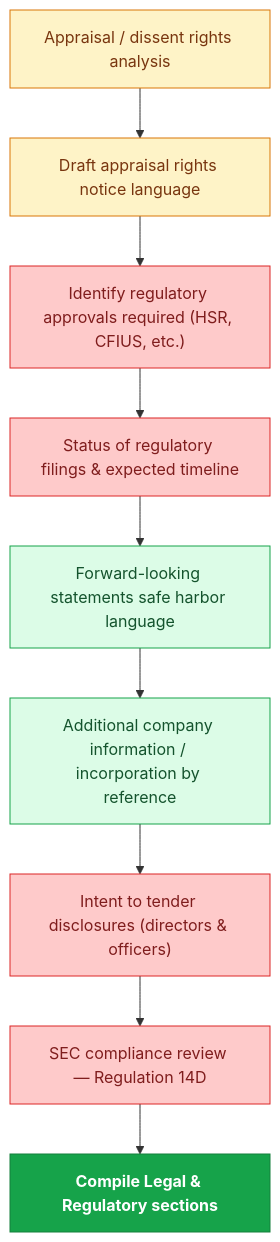
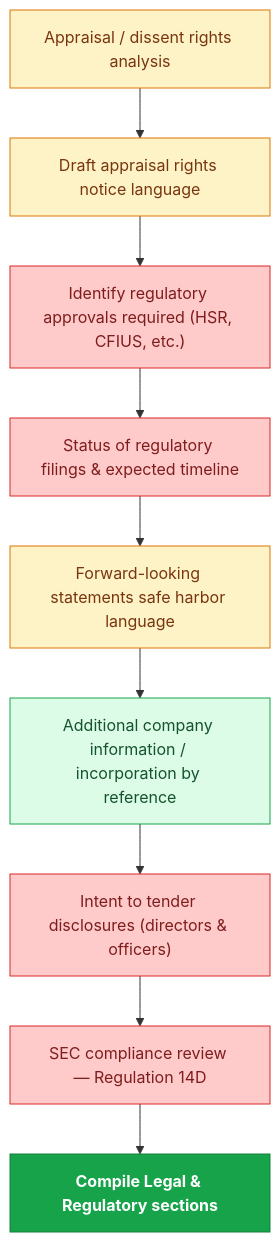
Before and after one commit to mrchanpark/14D-9: diagram 11 of 14 in README.md, drawn with Mermaid. The commit also changed other lines of this file and 2 other files, not shown here.

````diff
--- a/README.md
+++ b/README.md
@@ -246,15 +246,15 @@
 ```mermaid
 flowchart TD
   A["Appraisal / dissent rights analysis"]:::yel --> B["Draft appraisal rights notice language"]:::yel
   B --> C["Identify regulatory approvals required (HSR, CFIUS, etc.)"]:::red
   C --> D["Status of regulatory filings & expected timeline"]:::red
-  D --> E["Forward-looking statements safe harbor language"]:::grn
+  D --> E["Forward-looking statements safe harbor language"]:::yel
   E --> F["Additional company information / incorporation by reference"]:::grn
   F --> G["Intent to tender disclosures (directors & officers)"]:::red
   G --> H["SEC compliance review — Regulation 14D"]:::red
   H --> I["Compile Legal & Regulatory sections"]:::grnC
   classDef red fill:#fecaca,stroke:#dc2626,color:#7f1d1d
   classDef yel fill:#fef3c7,stroke:#d97706,color:#78350f
   classDef grn fill:#dcfce7,stroke:#16a34a,color:#14532d
   classDef grnC fill:#16a34a,stroke:#15803d,color:#fff,font-weight:700
 ```
````
